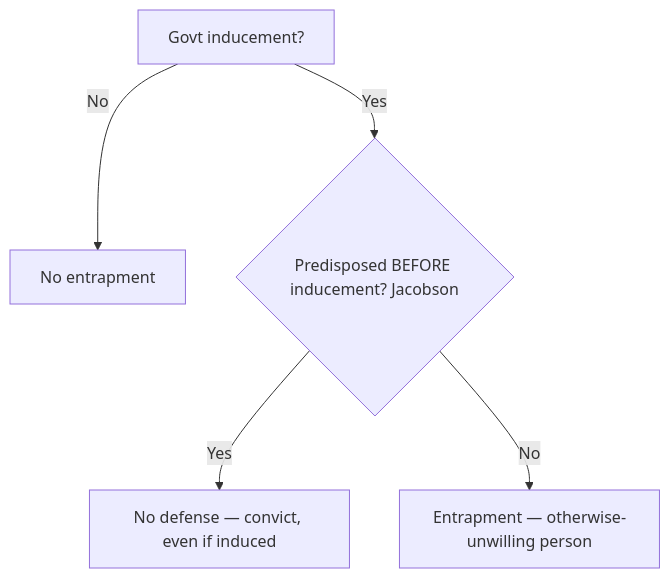
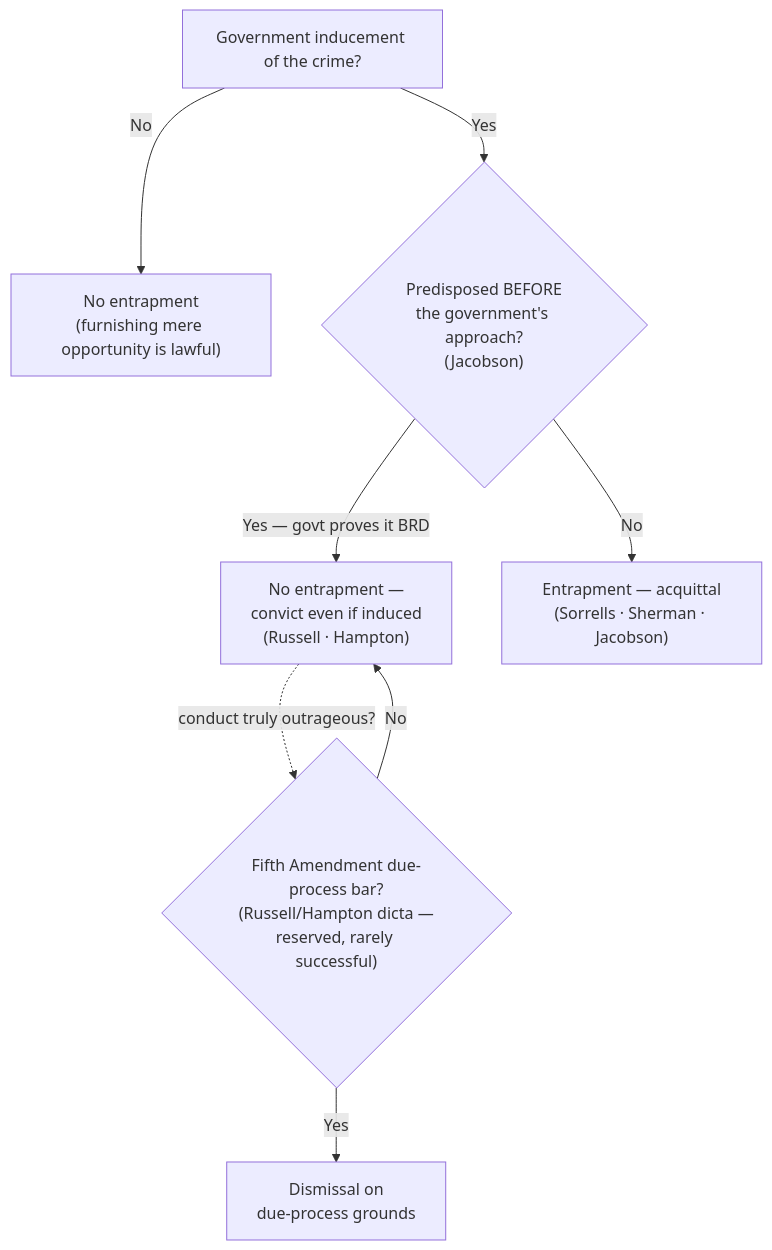
One commit to Enragedsaturday/cssi changed the diagram in content/11-adjacent-doctrines/Entrapment.md. Above: the diagram before and after it, drawn with Mermaid. The commit also changed other lines of this file and 6 other files, not shown here.

````diff
--- a/content/11-adjacent-doctrines/Entrapment.md
+++ b/content/11-adjacent-doctrines/Entrapment.md
@@ -60,7 +69,10 @@
 ```mermaid
 flowchart TD
-    A[Govt inducement?] -->|No| N[No entrapment]
-    A -->|Yes| B{Predisposed BEFORE inducement? Jacobson}
-    B -->|Yes| C[No defense — convict, even if induced]
-    B -->|No| D[Entrapment — otherwise-unwilling person]
+    A["Government inducement of the crime?"] -->|No| N["No entrapment<br/>(furnishing mere opportunity is lawful)"]
+    A -->|Yes| B{"Predisposed BEFORE<br/>the government's approach?<br/>(Jacobson)"}
+    B -->|"Yes — govt proves it BRD"| C["No entrapment —<br/>convict even if induced<br/>(Russell · Hampton)"]
+    B -->|No| D["Entrapment — acquittal<br/>(Sorrells · Sherman · Jacobson)"]
+    C -.->|"conduct truly outrageous?"| E{"Fifth Amendment due-process bar?<br/>(Russell/Hampton dicta —<br/>reserved, rarely successful)"}
+    E -->|Yes| F["Dismissal on<br/>due-process grounds"]
+    E -->|No| C
 ```
````
